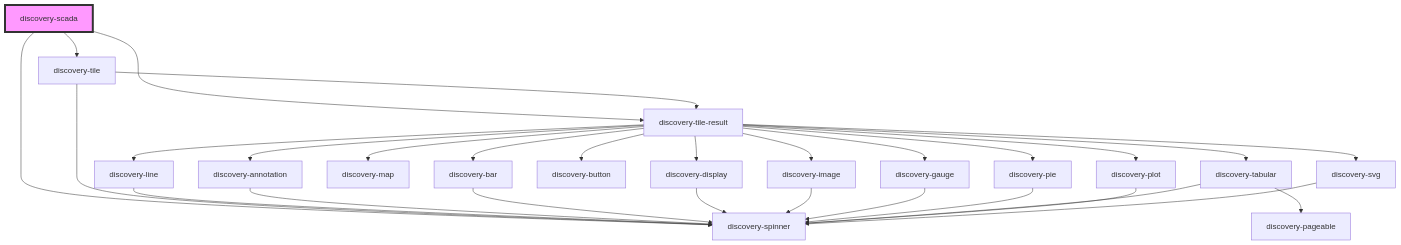
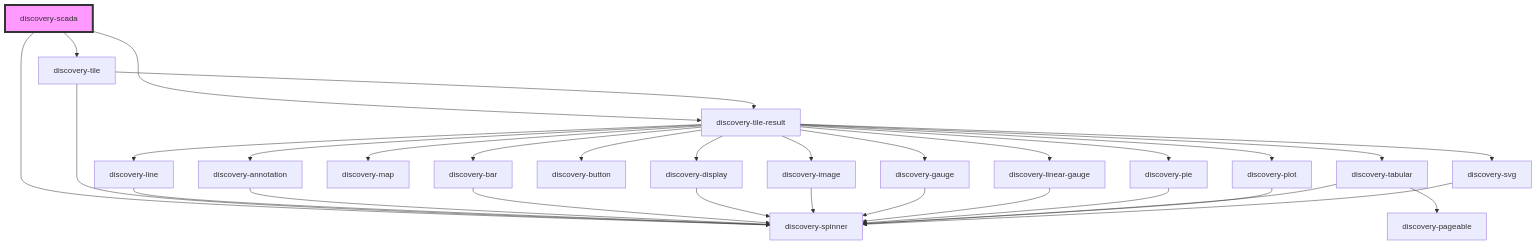
One commit to senx/discovery-widgets changed the diagram in src/components/discovery-scada/readme.md. Above: the diagram before and after it, drawn with Mermaid. The commit also changed 18 other files, not shown here.

````diff
--- a/src/components/discovery-scada/readme.md
+++ b/src/components/discovery-scada/readme.md
@@ -38,32 +38,34 @@
 ```mermaid
 graph TD;
   discovery-scada --> discovery-tile
   discovery-scada --> discovery-tile-result
   discovery-scada --> discovery-spinner
   discovery-tile --> discovery-tile-result
   discovery-tile --> discovery-spinner
   discovery-tile-result --> discovery-line
   discovery-tile-result --> discovery-annotation
   discovery-tile-result --> discovery-bar
   discovery-tile-result --> discovery-display
   discovery-tile-result --> discovery-map
   discovery-tile-result --> discovery-image
   discovery-tile-result --> discovery-button
   discovery-tile-result --> discovery-gauge
+  discovery-tile-result --> discovery-linear-gauge
   discovery-tile-result --> discovery-pie
   discovery-tile-result --> discovery-tabular
   discovery-tile-result --> discovery-plot
   discovery-tile-result --> discovery-svg
   discovery-line --> discovery-spinner
   discovery-annotation --> discovery-spinner
   discovery-bar --> discovery-spinner
   discovery-display --> discovery-spinner
   discovery-image --> discovery-spinner
   discovery-gauge --> discovery-spinner
+  discovery-linear-gauge --> discovery-spinner
   discovery-pie --> discovery-spinner
   discovery-tabular --> discovery-spinner
   discovery-tabular --> discovery-pageable
   discovery-plot --> discovery-spinner
   discovery-svg --> discovery-spinner
   style discovery-scada fill:#f9f,stroke:#333,stroke-width:4px
 ```
````
